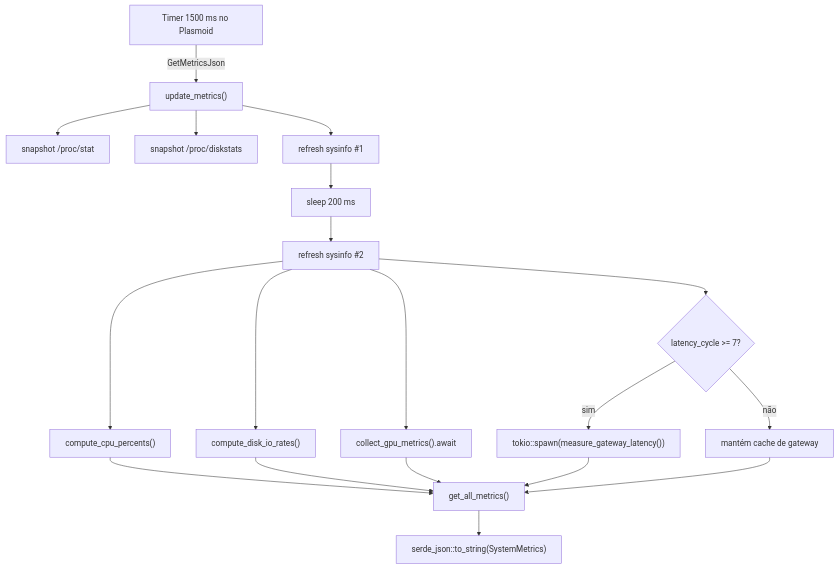
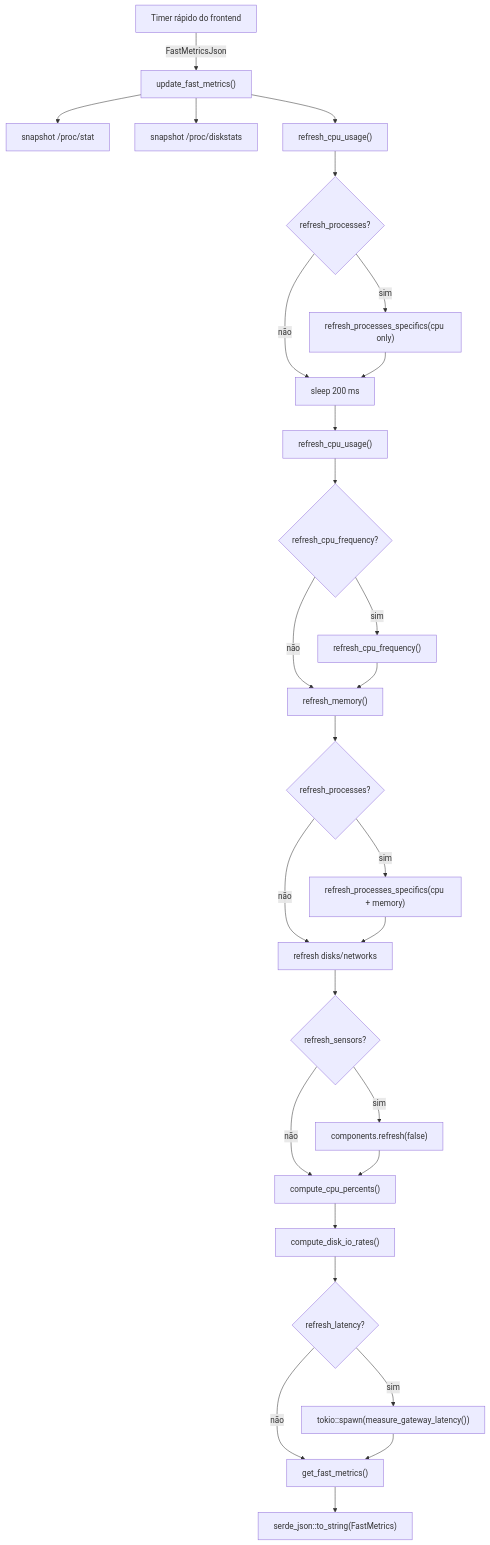
One commit to marcos2872/rust-monitor-tray changed the diagram in docs/backend.md. Above: the diagram before and after it, drawn with Mermaid. The commit also changed other lines of this file and 22 other files, not shown here.

````diff
--- a/docs/backend.md
+++ b/docs/backend.md
@@ -35,21 +37,30 @@
 ```mermaid
 flowchart TD
-    A["Timer 1500 ms no Plasmoid"] -->|GetMetricsJson| B["update_metrics()"]
+    A["Timer rápido do frontend"] -->|FastMetricsJson| B["update_fast_metrics()"]
     B --> C1["snapshot /proc/stat"]
     B --> C2["snapshot /proc/diskstats"]
-    B --> C3["refresh sysinfo #1"]
-    C3 --> D["sleep 200 ms"]
-    D --> E["refresh sysinfo #2"]
-    E --> F1["compute_cpu_percents()"]
-    E --> F2["compute_disk_io_rates()"]
-    E --> F3["collect_gpu_metrics().await"]
-    E --> F4{"latency_cycle >= 7?"}
-    F4 -->|sim| G["tokio::spawn(measure_gateway_latency())"]
-    F4 -->|não| H["mantém cache de gateway"]
-    F1 --> I["get_all_metrics()"]
-    F2 --> I
-    F3 --> I
-    G --> I
-    H --> I
-    I --> J["serde_json::to_string(SystemMetrics)"]
+    B --> C3["refresh_cpu_usage()"]
+    C3 --> C4{"refresh_processes?"}
+    C4 -->|sim| C5["refresh_processes_specifics(cpu only)"]
+    C4 -->|não| D["sleep 200 ms"]
+    C5 --> D
+    D --> E1["refresh_cpu_usage()"]
+    E1 --> E2{"refresh_cpu_frequency?"}
+    E2 -->|sim| E3["refresh_cpu_frequency()"]
+    E2 -->|não| E4["refresh_memory()"]
+    E3 --> E4
+    E4 --> E5{"refresh_processes?"}
+    E5 -->|sim| E6["refresh_processes_specifics(cpu + memory)"]
+    E5 -->|não| E7["refresh disks/networks"]
+    E6 --> E7
+    E7 --> E8{"refresh_sensors?"}
+    E8 -->|sim| E9["components.refresh(false)"]
+    E8 -->|não| F1["compute_cpu_percents()"]
+    E9 --> F1
+    F1 --> F2["compute_disk_io_rates()"]
+    F2 --> F5{"refresh_latency?"}
+    F5 -->|sim| F6["tokio::spawn(measure_gateway_latency())"]
+    F5 -->|não| G["get_fast_metrics()"]
+    F6 --> G
+    G --> H["serde_json::to_string(FastMetrics)"]
 ```
````
